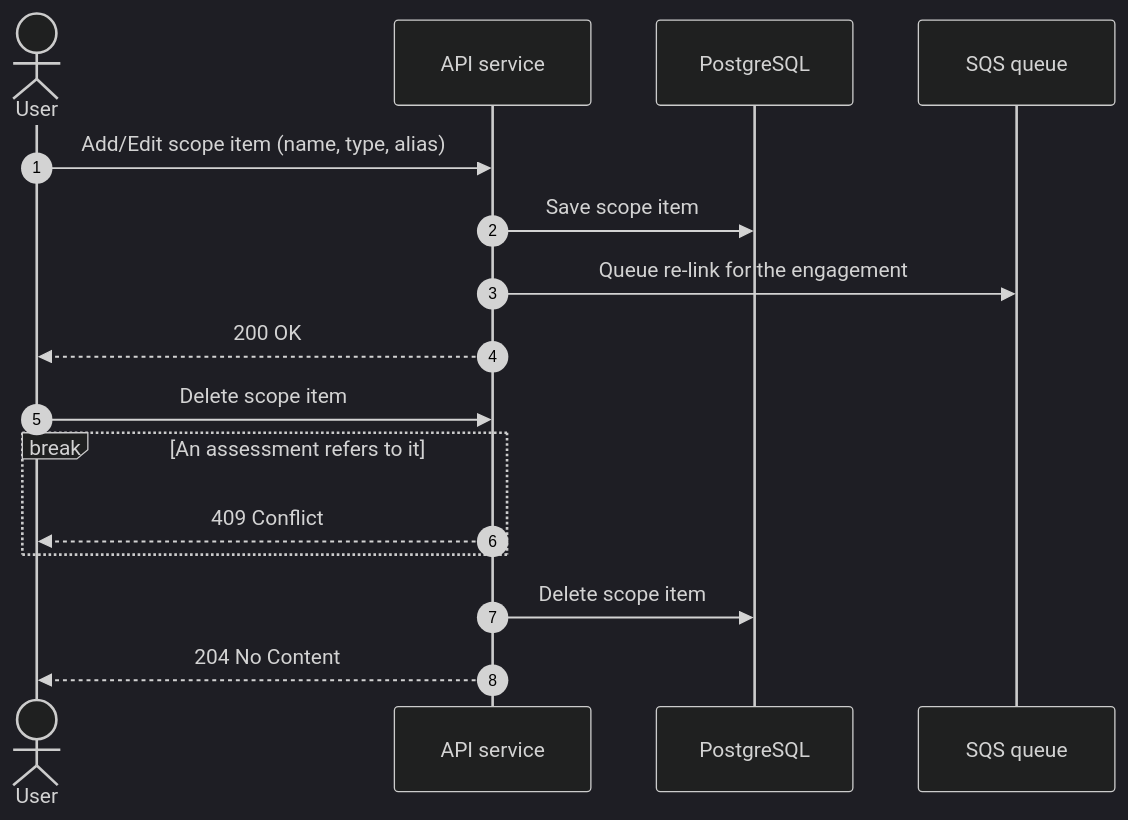
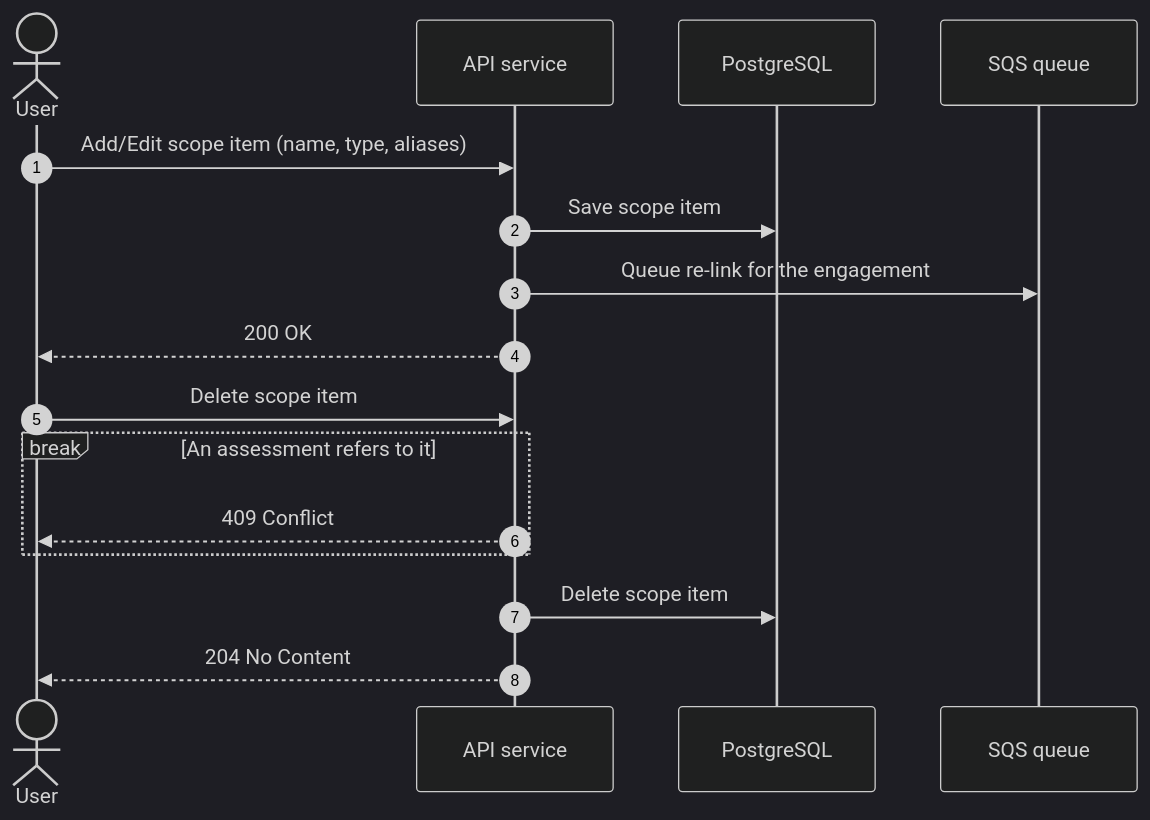
Before and after one commit to DavidRHannah/compliance: diagram 18 of 20 in README.md, drawn with Mermaid (dark theme). The commit also changed other lines of this file, not shown here.

Commit message:
Minor diagram changes

````diff
--- a/README.md
+++ b/README.md
@@ -410,18 +410,18 @@
 ```mermaid
 sequenceDiagram
         autonumber
         actor u as User
         participant api as API service
         participant db as PostgreSQL
         participant qu as SQS queue
-        u->>api: Add/Edit scope item (name, type, alias)
+        u->>api: Add/Edit scope item (name, type, aliases)
         api->>db: Save scope item
         api->>qu: Queue re-link for the engagement
         api-->>u: 200 OK
         u->>api: Delete scope item
         break An assessment refers to it
             api-->>u: 409 Conflict
         end
         api->>db: Delete scope item
         api-->>u: 204 No Content
 ```
````
